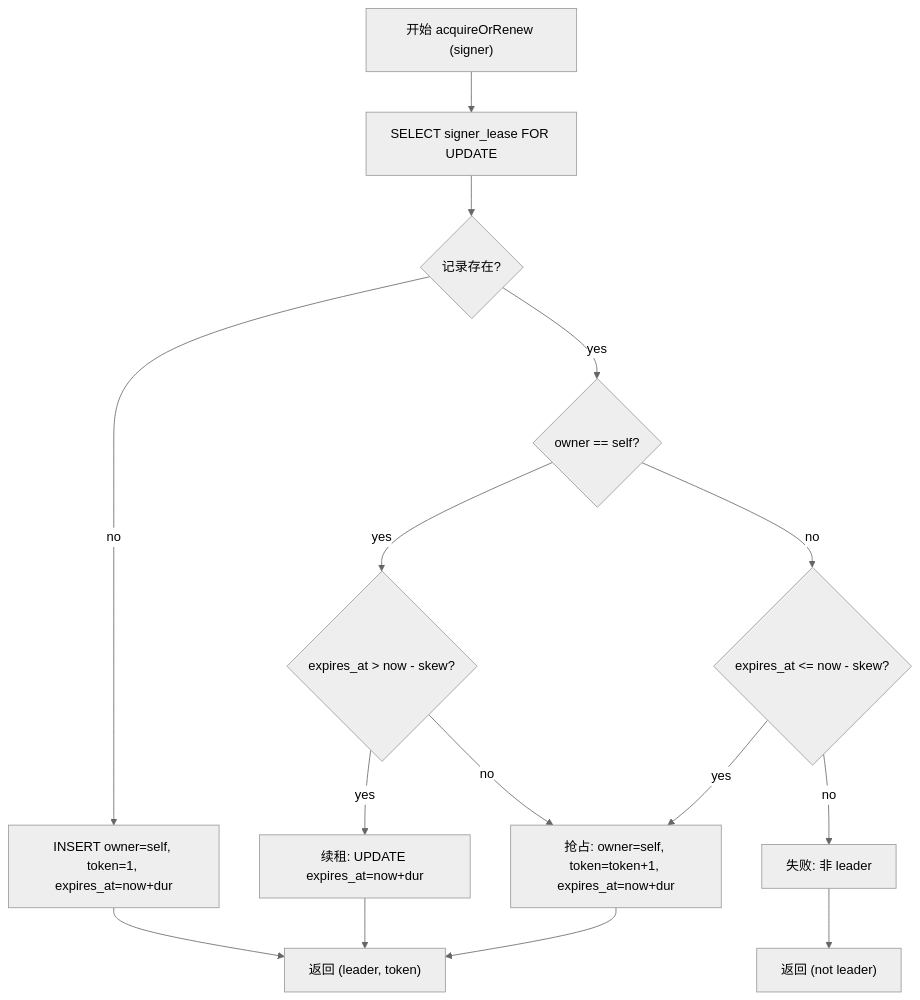
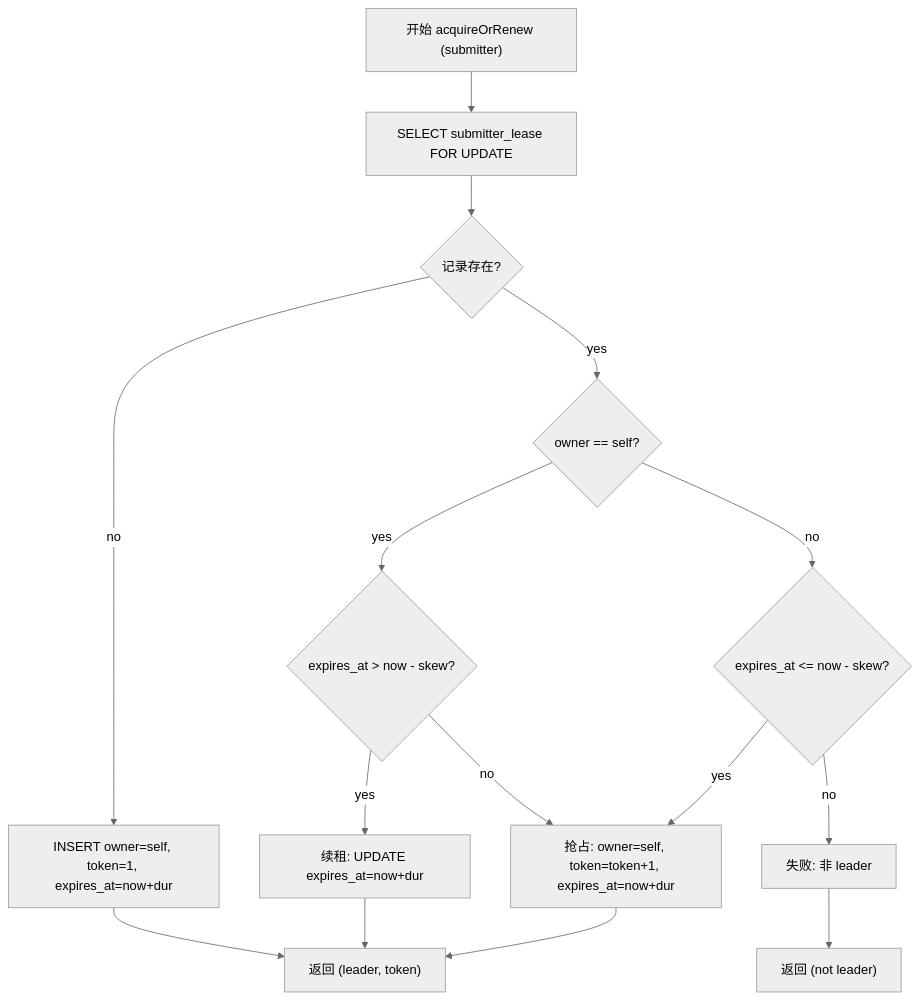
One commit to cedardinh/nonce-demo changed the third of 9 diagrams in 方案1111.md. Above: the diagram before and after it, drawn with Mermaid (neutral theme). The commit also changed other lines of this file and 63 other files, not shown here.

````diff
--- a/方案1111.md
+++ b/方案1111.md
@@ -203,17 +203,17 @@
 ```mermaid
 flowchart TD
-  S["开始 acquireOrRenew (signer)"] --> L["SELECT signer_lease FOR UPDATE"]
+  S["开始 acquireOrRenew (submitter)"] --> L["SELECT submitter_lease FOR UPDATE"]
   L --> E{"记录存在?"}
   E -->|no| I["INSERT owner=self, token=1, expires_at=now+dur"]
   E -->|yes| O{"owner == self?"}
   O -->|yes| V{"expires_at > now - skew?"}
   V -->|yes| R["续租: UPDATE expires_at=now+dur"]
   V -->|no| C["抢占: owner=self, token=token+1, expires_at=now+dur"]
   O -->|no| X{"expires_at <= now - skew?"}
   X -->|yes| C
   X -->|no| F["失败: 非 leader"]
   I --> D["返回 (leader, token)"]
   R --> D
   C --> D
   F --> D2["返回 (not leader)"]
 ```
````
